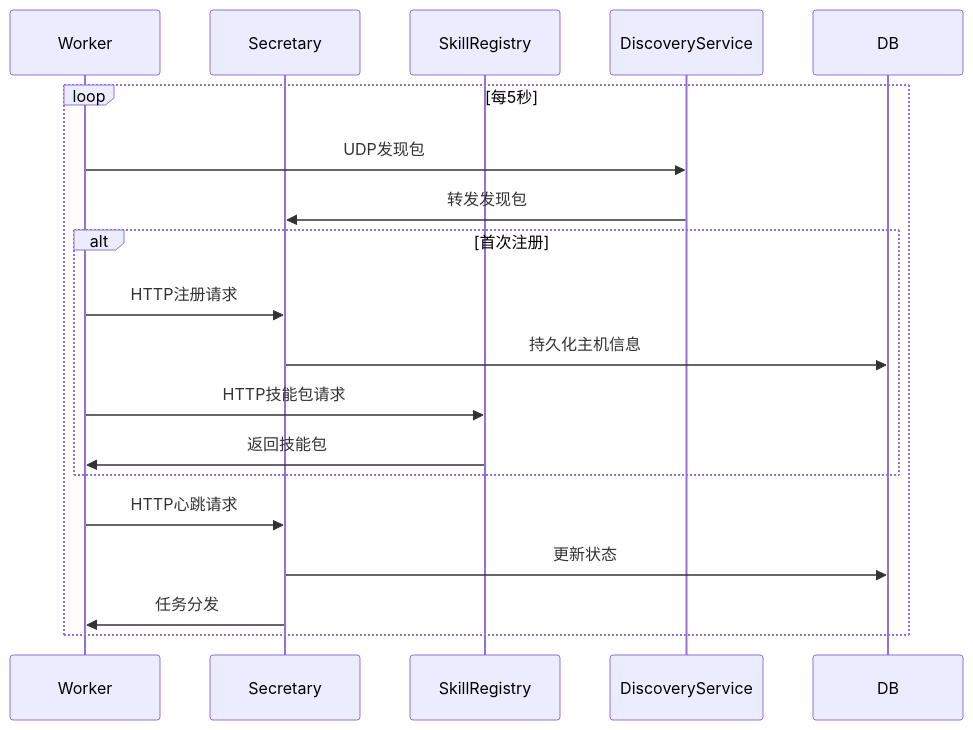
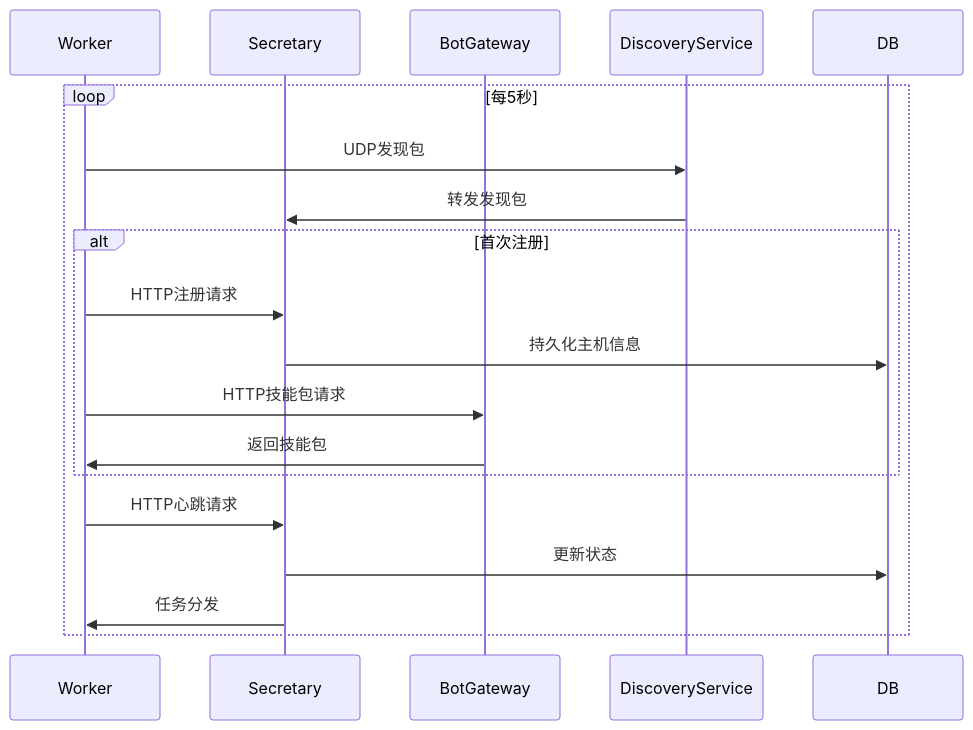
One commit to targalian/Personal-distributed-workstation changed diagram 14 of 19 in .qoder/repowiki/zh/content/核心模块/工作站管理模块.md. Above: the diagram before and after it, drawn with Mermaid. The commit also changed other lines of this file and 85 other files, not shown here.

````diff
--- a/.qoder/repowiki/zh/content/核心模块/工作站管理模块.md
+++ b/.qoder/repowiki/zh/content/核心模块/工作站管理模块.md
@@ -581,20 +718,20 @@
 ```mermaid
 sequenceDiagram
 participant W as Worker
 participant S as Secretary
-participant SR as SkillRegistry
+participant BG as BotGateway
 participant D as DiscoveryService
 loop 每5秒
 W->>D : UDP发现包
 D->>S : 转发发现包
 alt 首次注册
 W->>S : HTTP注册请求
 S->>DB : 持久化主机信息
-W->>SR : HTTP技能包请求
-SR->>W : 返回技能包
+W->>BG : HTTP技能包请求
+BG->>W : 返回技能包
 end
 W->>S : HTTP心跳请求
 S->>DB : 更新状态
 S->>W : 任务分发
 end
 ```
````
